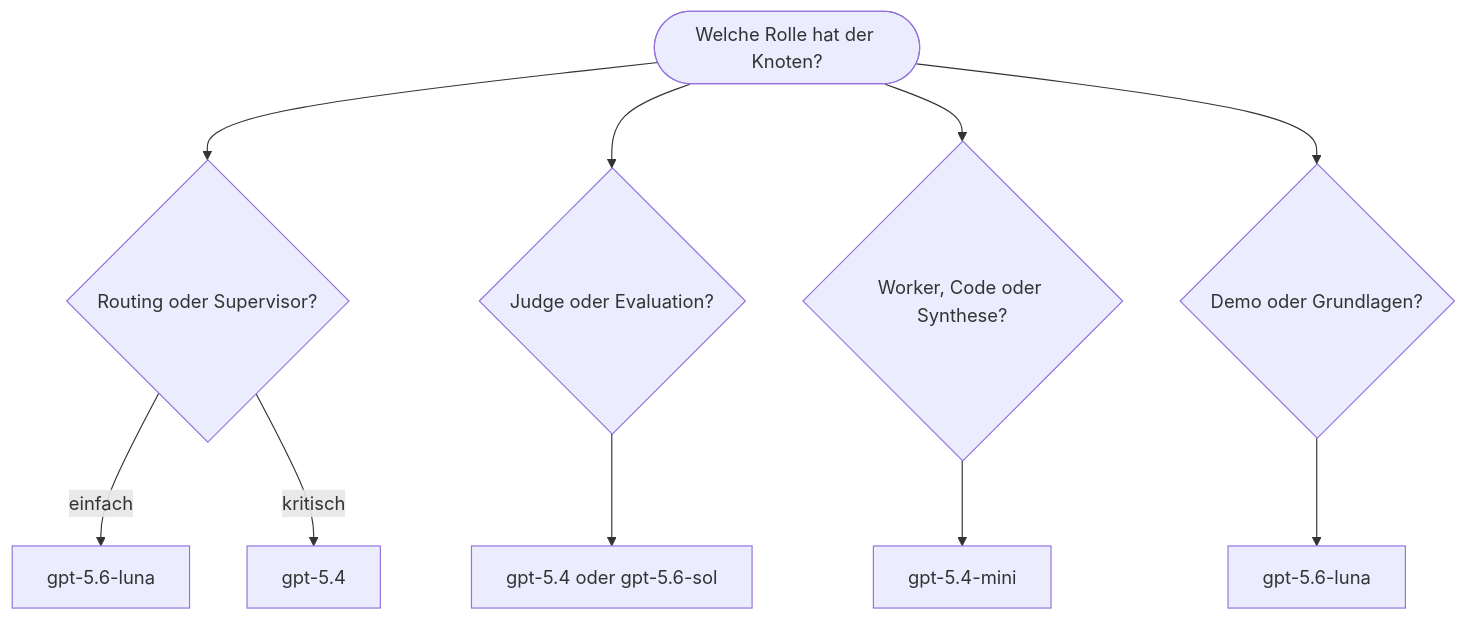
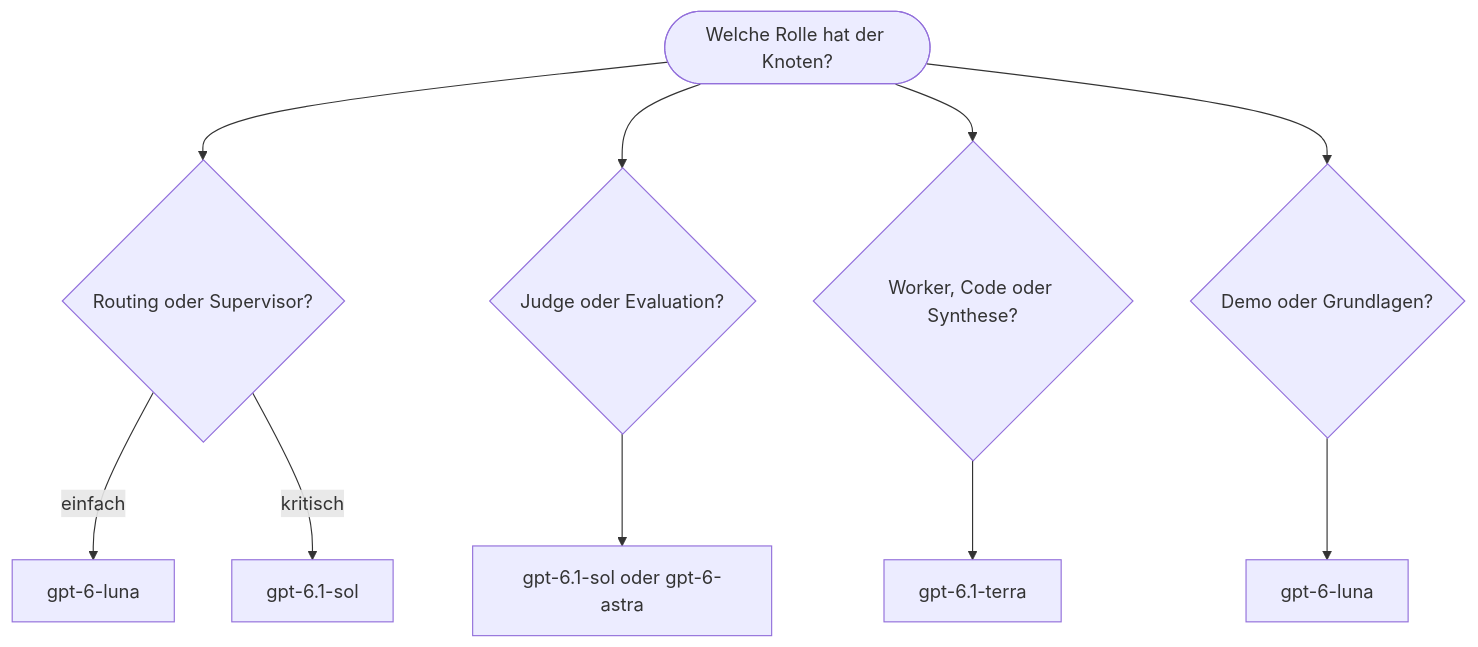
Before and after one commit to ralf-42/Agenten: the first of 2 diagrams in docs/03-modelle-provider-anpassung/modellauswahl.md, drawn with Mermaid. The commit also changed other lines of this file and 12 other files, not shown here.

````diff
--- a/docs/03-modelle-provider-anpassung/modellauswahl.md
+++ b/docs/03-modelle-provider-anpassung/modellauswahl.md
@@ -98,14 +98,14 @@
 ```mermaid
 flowchart TD
     START(["Welche Rolle hat der Knoten?"])
     START --> R{"Routing oder Supervisor?"}
     START --> J{"Judge oder Evaluation?"}
     START --> W{"Worker, Code oder Synthese?"}
     START --> D{"Demo oder Grundlagen?"}
 
-    R -->|einfach| ROUTER["gpt-5.6-luna"]
-    R -->|kritisch| SUP["gpt-5.4"]
-    J --> JUDGE["gpt-5.4 oder gpt-5.6-sol"]
-    W --> WORKER["gpt-5.4-mini"]
-    D --> BASE["gpt-5.6-luna"]
+    R -->|einfach| ROUTER["gpt-6-luna"]
+    R -->|kritisch| SUP["gpt-6.1-sol"]
+    J --> JUDGE["gpt-6.1-sol oder gpt-6-astra"]
+    W --> WORKER["gpt-6.1-terra"]
+    D --> BASE["gpt-6-luna"]
 ```
````
